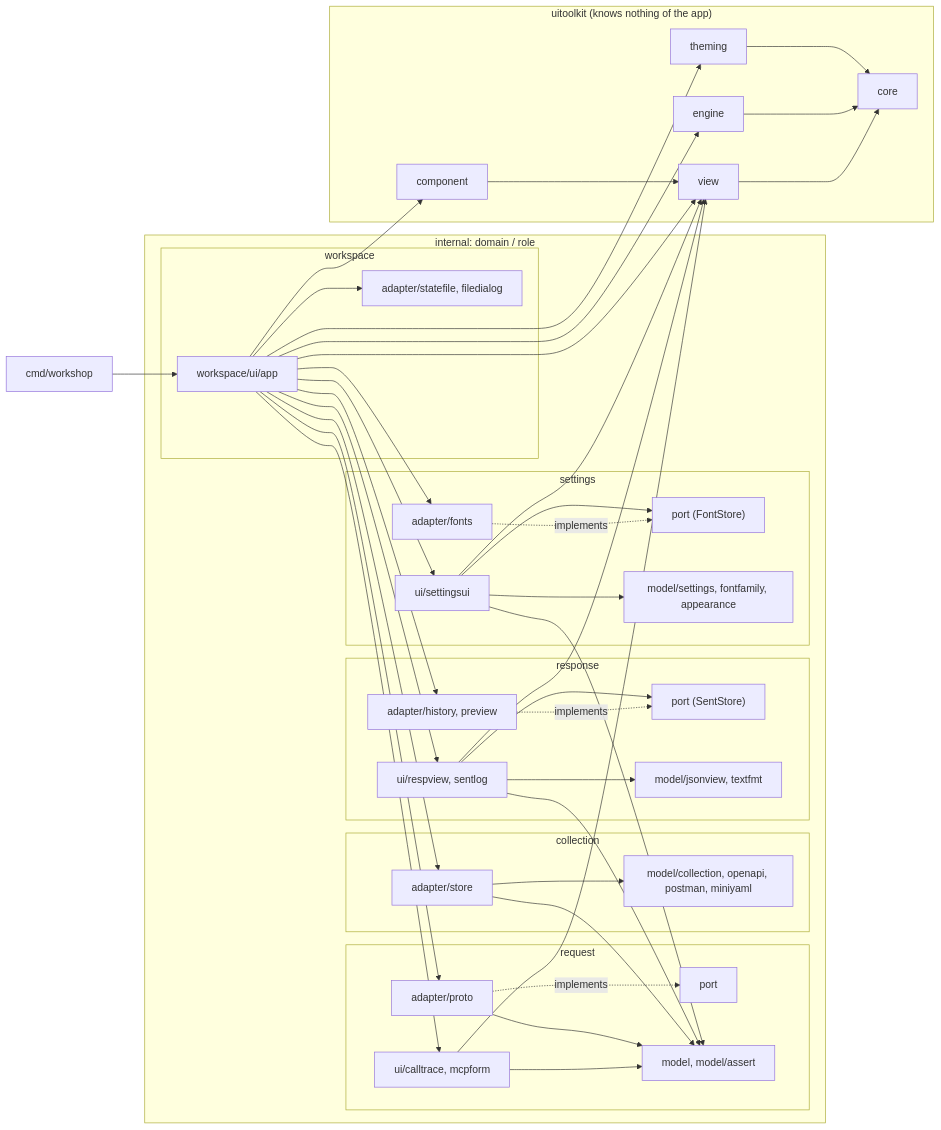
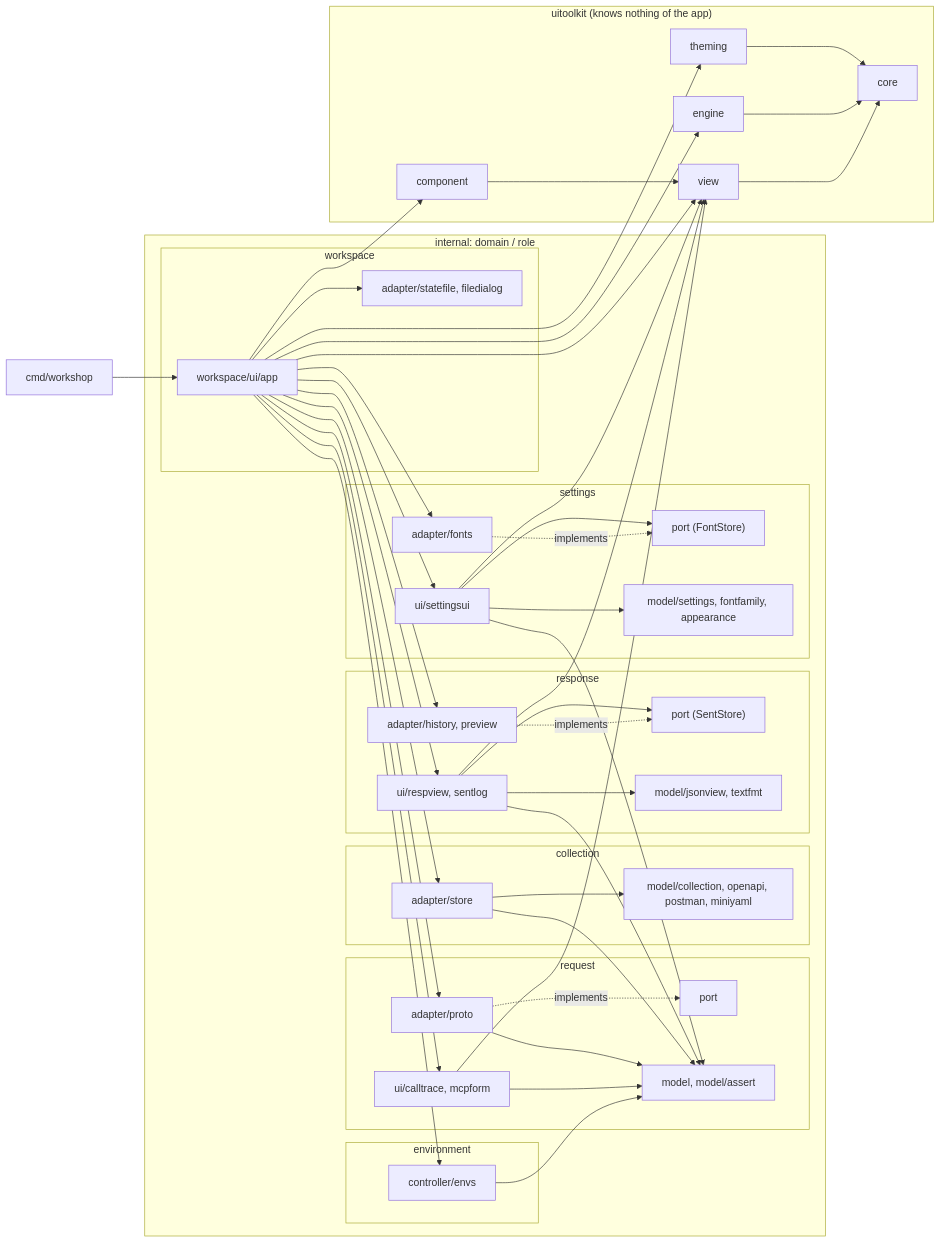
The diagram in .harness/architecture.md (gascoigne-ai/gascoigne-workshop), drawn with Mermaid before and after one commit. The commit also changed other lines of this file and 9 other files, not shown here.

First line of the commit message:
refactor(environment): active-environment logic moves to environment/controller/envs

````diff
--- a/.harness/architecture.md
+++ b/.harness/architecture.md
@@ -5,50 +5,55 @@
 ```mermaid
 flowchart LR
   cmd["cmd/workshop"] --> app["workspace/ui/app"]
   subgraph domains["internal: domain / role"]
     subgraph request
       rui["ui/calltrace, mcpform"]
       rad["adapter/proto"]
       rport["port"]
       rmod["model, model/assert"]
     end
     subgraph collection
       cad["adapter/store"]
       cmod["model/collection, openapi, postman, miniyaml"]
     end
     subgraph response
       sui["ui/respview, sentlog"]
       sport["port (SentStore)"]
       sad["adapter/history, preview"]
       smod["model/jsonview, textfmt"]
     end
     subgraph settings
       tui["ui/settingsui"]
       tport["port (FontStore)"]
       tad["adapter/fonts"]
       tmod["model/settings, fontfamily, appearance"]
     end
+    subgraph environment
+      ectl["controller/envs"]
+    end
     subgraph workspace
       app
       wad["adapter/statefile, filedialog"]
     end
   end
+  app --> ectl
+  ectl --> rmod
   app --> rui & rad & cad & sui & sad & tui & tad & wad
   rui & rad & cad & sui & tui --> rmod
   rad -. implements .-> rport
   sad -. implements .-> sport
   sui --> sport
   tad -. implements .-> tport
   tui --> tport
   tui --> tmod
   cad --> cmod
   sui --> smod
   subgraph toolkit["uitoolkit (knows nothing of the app)"]
     component["component"] --> view["view"]
     view --> core["core"]
     engine["engine"] --> core
     theming["theming"] --> core
   end
   app --> component & view & engine & theming
   rui & sui & tui --> view
 ```
````
